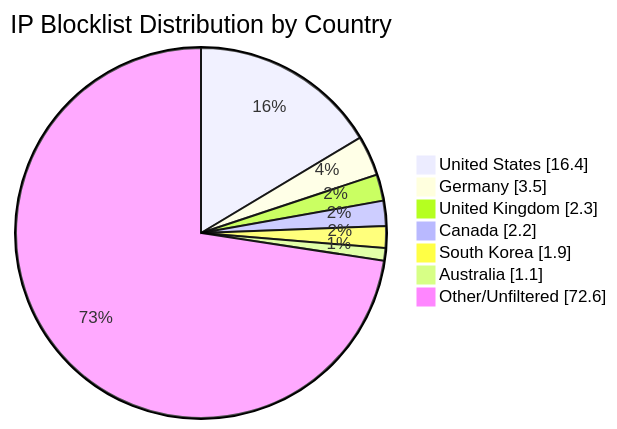
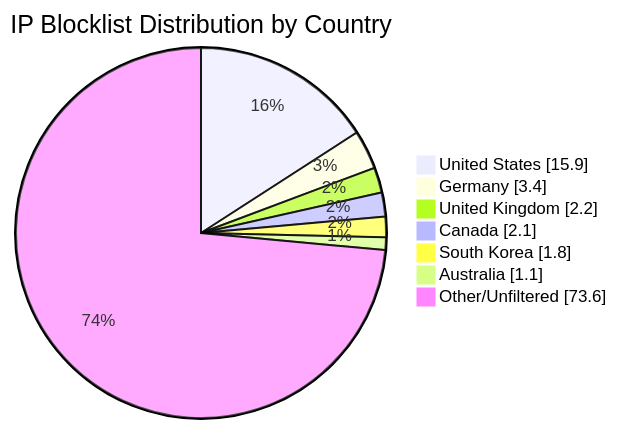
Before and after one commit to MarcusHoltz/ipblocklist-geofiltered-aggregator: the diagram in README.md, drawn with Mermaid. The commit also changed other lines of this file and 9 other files, not shown here.

````diff
--- a/README.md
+++ b/README.md
@@ -34,10 +34,10 @@
 ```mermaid
 pie showData title IP Blocklist Distribution by Country
-"United States" : 16.4
-"Germany" : 3.5
-"United Kingdom" : 2.3
-"Canada" : 2.2
-"South Korea" : 1.9
+"United States" : 15.9
+"Germany" : 3.4
+"United Kingdom" : 2.2
+"Canada" : 2.1
+"South Korea" : 1.8
 "Australia" : 1.1
-"Other/Unfiltered" : 72.6
+"Other/Unfiltered" : 73.6
 ```
````
